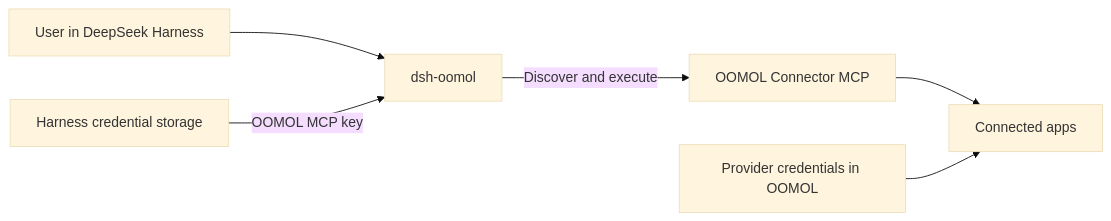
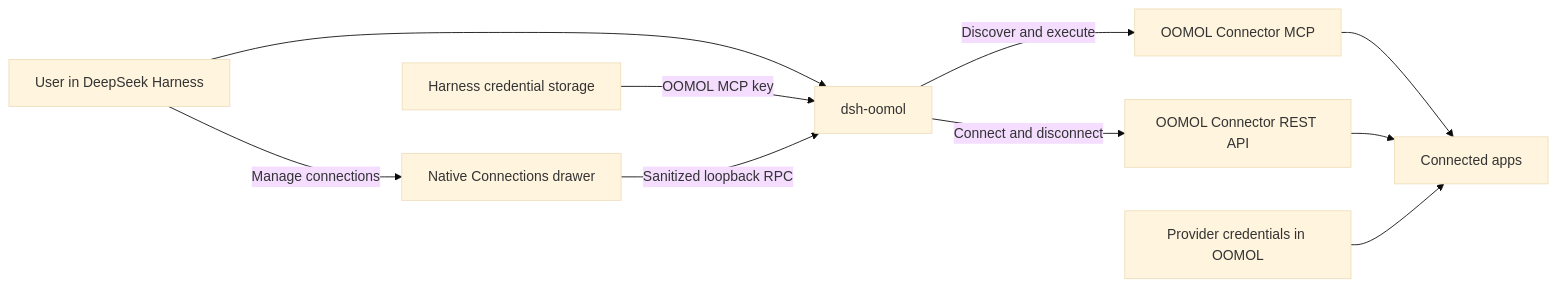
The diagram in README.md (oomol-lab/dsh-oomol), drawn with Mermaid (base theme) before and after one commit. The commit also changed other lines of this file and 11 other files, not shown here.

Commit message:
feat: add native OOMOL connections drawer

````diff
--- a/README.md
+++ b/README.md
@@ -141,8 +144,12 @@
 ```mermaid
 flowchart LR
     U["User in DeepSeek Harness"] --> P["dsh-oomol"]
     K["Harness credential storage"] -->|"OOMOL MCP key"| P
+    U -->|"Manage connections"| D["Native Connections drawer"]
+    D -->|"Sanitized loopback RPC"| P
     P -->|"Discover and execute"| M["OOMOL Connector MCP"]
+    P -->|"Connect and disconnect"| R["OOMOL Connector REST API"]
     M --> A["Connected apps"]
+    R --> A
     C["Provider credentials in OOMOL"] --> A
 ```
````
